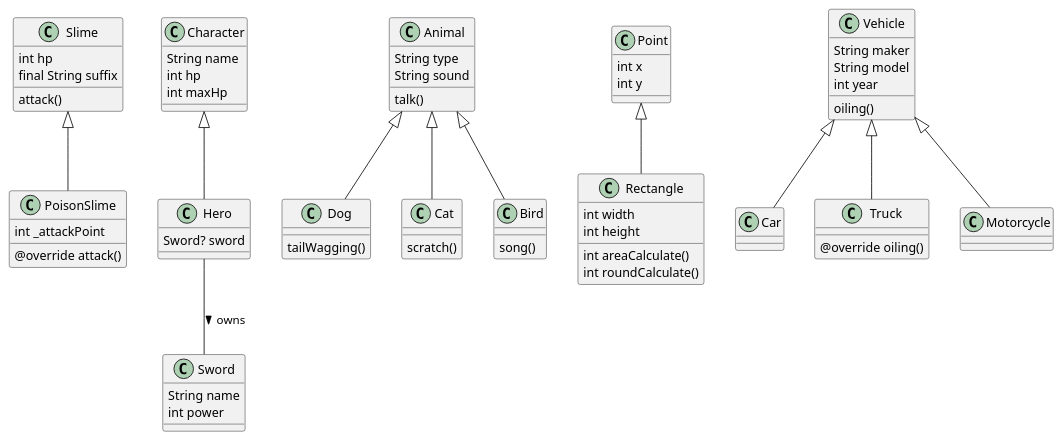
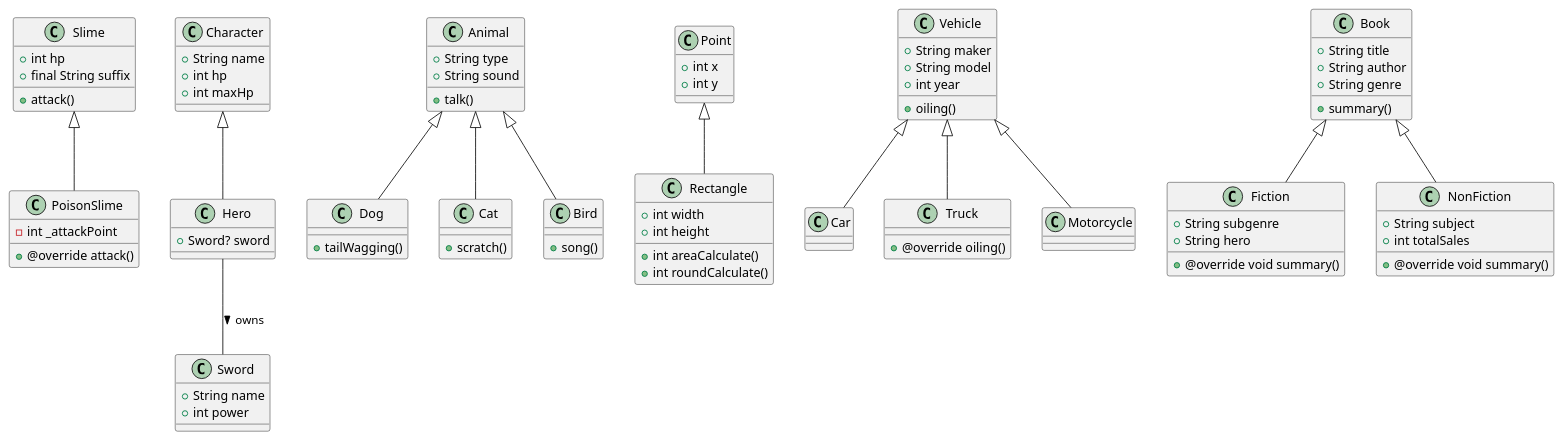
One commit to orm-camp-flutter-2ki/learn_dart_together changed the diagram in lib/240312/class_diagram.puml. Above: the diagram before and after it, drawn with PlantUML. The commit also changed 1 other file, not shown here.

Commit message:
feat: modifying class and diagram

```diff
--- a/lib/240312/class_diagram.puml
+++ b/lib/240312/class_diagram.puml
@@ -1,86 +1,109 @@
 @startuml
 
 class Slime {
-  int hp
-  final String suffix
-
+  +int hp
+  +final String suffix
+  + attack()
 }
 
 class PoisonSlime {
-  int _attackPoint
+  - int _attackPoint
+  + @override attack()
 }
 
 class Character {
-  String name
-  int hp
-  int maxHp
+  + String name
+  + int hp
+  + int maxHp
 }
 
 class Hero {
-  Sword? sword
+  + Sword? sword
 }
 
 class Sword {
-  String name
-  int power
+  + String name
+  + int power
 }
 Character <|-- Hero
 Hero -- Sword: > owns
-Slime : attack()
 Slime <|--  PoisonSlime
-PoisonSlime : @override attack()
+
 
 class Animal{
-String type
-String sound
-talk()
++ String type
++ String sound
++ talk()
 }
 class Dog {
-tailWagging()
++ tailWagging()
 }
 class Cat {
-scratch()
++ scratch()
 }
 class Bird{
-song()
++ song()
 }
 
 Animal <|-- Dog
 Animal <|-- Cat
 Animal <|-- Bird
 
 
 class Point {
-int x
-int y
++ int x
++ int y
 }
 
 class Rectangle{
-int width
-int height
-int areaCalculate()
-int roundCalculate()
++ int width
++ int height
++ int areaCalculate()
++ int roundCalculate()
 }
 
 Point <|-- Rectangle
 
 
 class Vehicle {
-String maker
-String model
-int year
-oiling()
++ String maker
++ String model
++ int year
++ oiling()
 }
 
 class Car {}
 class Truck {
-@override oiling()
++ @override oiling()
 }
 class Motorcycle {}
 
 Vehicle <|-- Car
 Vehicle <|-- Truck
 Vehicle <|-- Motorcycle
 
 
+class Book {
+  + String title
+  + String author
+  + String genre
+  + summary()
+}
+
+class Fiction {
+  + String subgenre
+  + String hero
+  + @override void summary()
+}
+
+class NonFiction {
+
+  + String subject
+  + int totalSales
+  + @override void summary()
+}
+Book <|-- Fiction
+Book <|-- NonFiction
+
+
 @enduml
```
